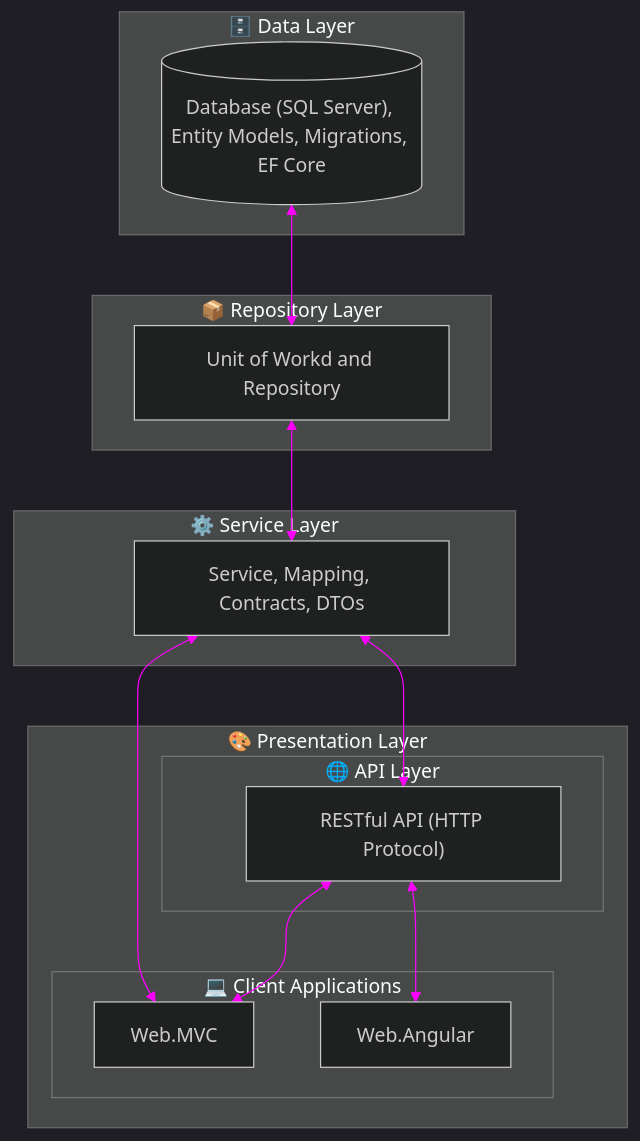
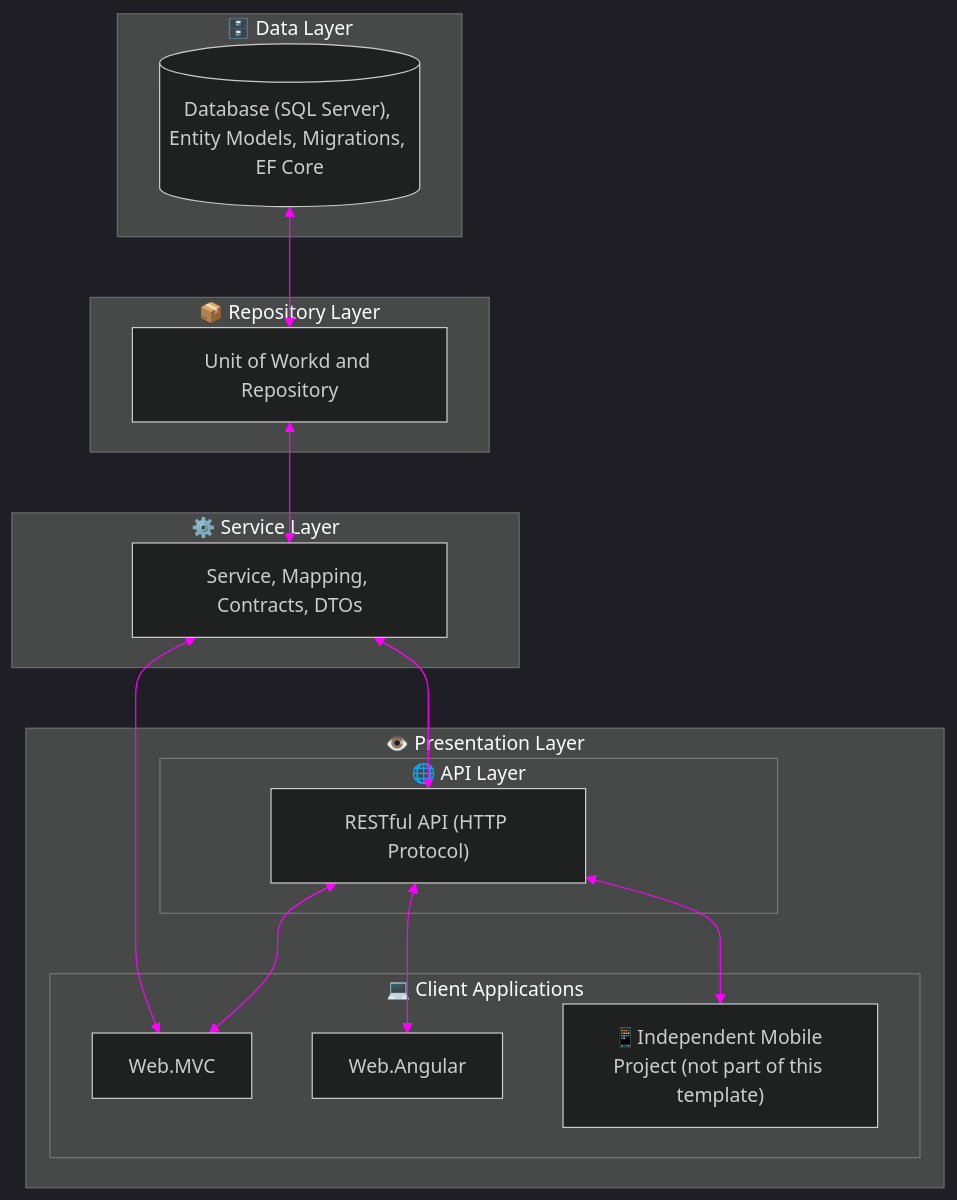
One commit to carloswm85/basic-ntier-template changed the diagram in docs/img/diagrams/ntier-architecture.mmd. Above: the diagram before and after it, drawn with Mermaid. The commit also changed 1 other file, not shown here.

Commit message:
update # arquitecture diagram

```diff
--- a/docs/img/diagrams/ntier-architecture.mmd
+++ b/docs/img/diagrams/ntier-architecture.mmd
@@ -1,41 +1,44 @@
 %%{init: {
     "theme": "dark",
     "themeVariables": {
         "lineColor": "#FF00FF"
     }
 }}%%
 
 graph TB
 
   %% ----------- LAYERS -----------
   subgraph Data["🗄️  Data Layer"]
     DB[("Database (SQL Server), Entity Models, Migrations, EF Core")]
   end
 
   subgraph Repository["📦  Repository Layer"]
     REPO[Unit of Workd and Repository]
   end
 
   subgraph Service["⚙️  Service Layer"]
     SVC[Service, Mapping, Contracts, DTOs]
   end
 
   %% Presentation Layer shifted to the side
-  subgraph Pres["🎨 Presentation Layer"]
+  subgraph Pres["👁️ Presentation Layer"]
     subgraph API["🌐 API Layer"]
         REST["RESTful API (HTTP Protocol)"]
     end
     subgraph Clients["💻 Client Applications"]
       MVC[Web.MVC]
       SPA[Web.Angular]
+      MOB["📱Independent Mobile Project (not part of this template)"]
     end
+    
 
   end
 
   %% ----------- CONNECTIONS -----------
   DB <--> REPO
   REPO <--> SVC
   SVC <--> REST
   SVC <--> MVC
   REST <--> MVC
   REST <--> SPA
+  REST <--> MOB
```
